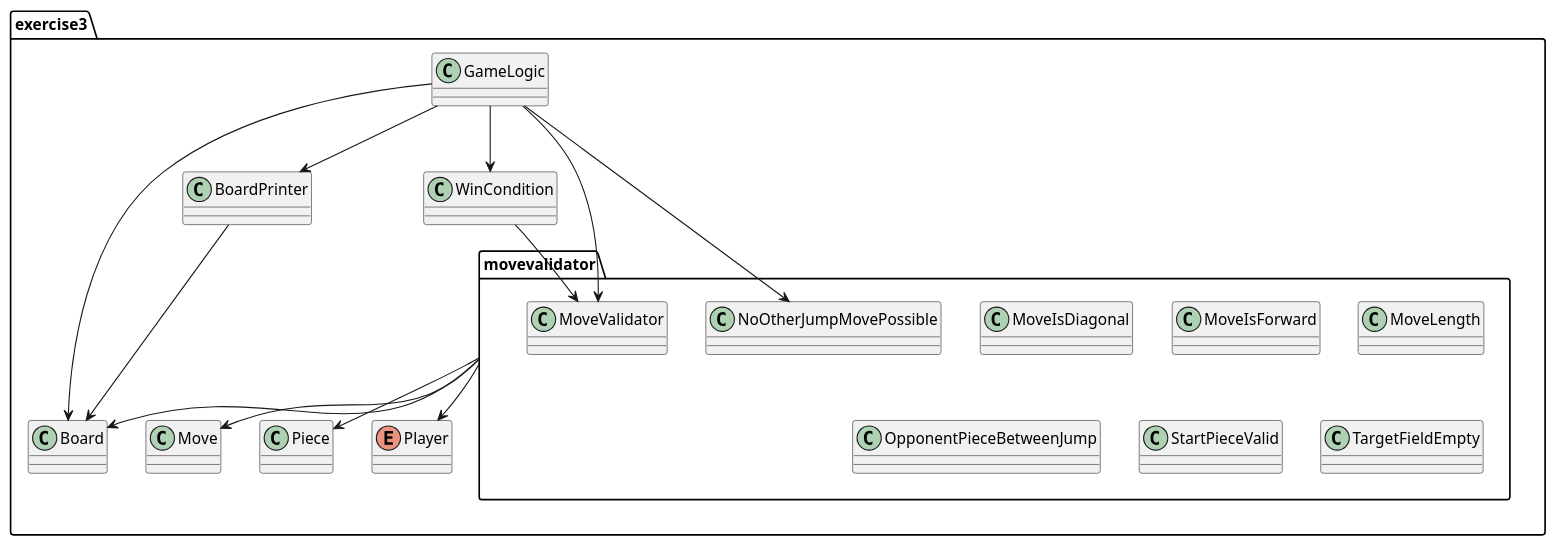
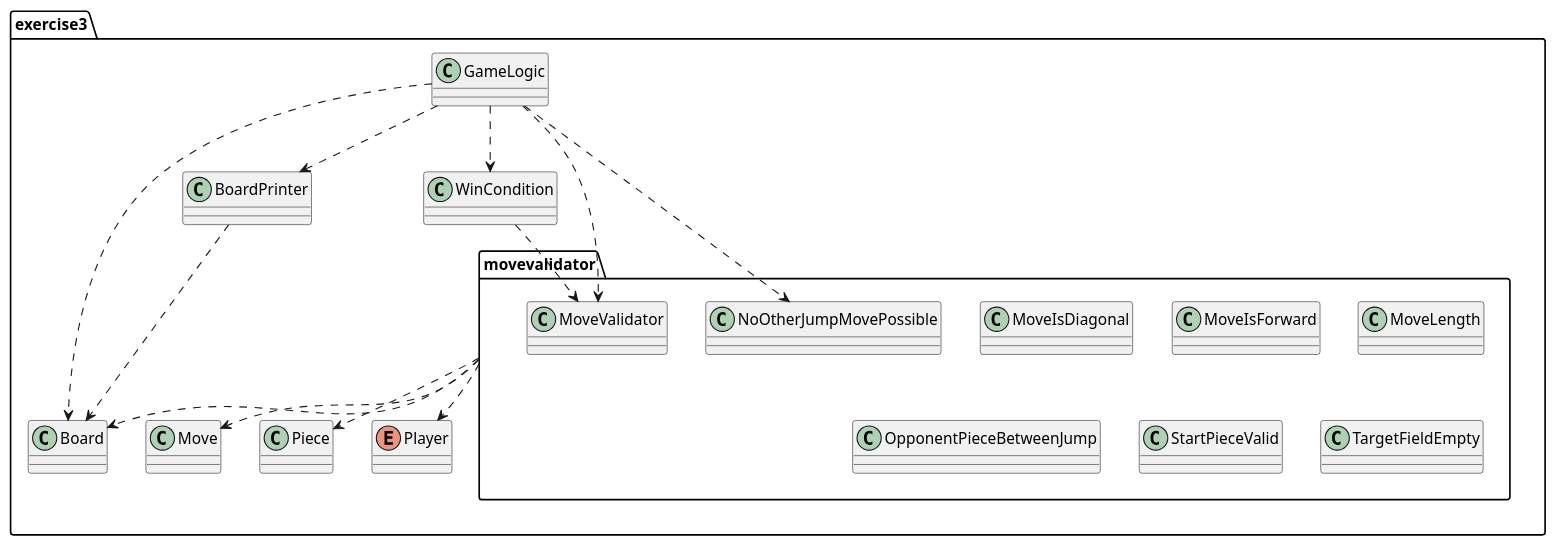
One commit to soco21/soco21 changed the diagram in assignment-1/exercise2/Class Diagramm Checkers.puml. Above: the diagram before and after it, drawn with PlantUML.

Commit message:
Class Diagramm Checkers.puml: use depends on association instead of navigable association
The part-of association would be in the other direction,
and we don't really have part-of association.

```diff
--- a/assignment-1/exercise2/Class Diagramm Checkers.puml
+++ b/assignment-1/exercise2/Class Diagramm Checkers.puml
@@ -1,32 +1,32 @@
 @startuml
 package exercise3{
 package movevalidator {
 class MoveIsDiagonal
 class MoveIsForward
 class MoveLength
 class MoveValidator
 class NoOtherJumpMovePossible
 class OpponentPieceBetweenJump
 class StartPieceValid
 class TargetFieldEmpty
 }
 class Board
 class BoardPrinter
 class GameLogic
 class Move
 class Piece
 enum Player
 class WinCondition
 }
-movevalidator --> Board
-movevalidator --> Move
-movevalidator --> Piece
-movevalidator --> Player
-GameLogic --> BoardPrinter
-GameLogic --> Board
-GameLogic --> WinCondition
-BoardPrinter --> Board
-GameLogic --> MoveValidator
-GameLogic --> NoOtherJumpMovePossible
-WinCondition --> MoveValidator
+movevalidator ..> Board
+movevalidator ..> Move
+movevalidator ..> Piece
+movevalidator ..> Player
+GameLogic ..> BoardPrinter
+GameLogic ..> Board
+GameLogic ..> WinCondition
+BoardPrinter ..> Board
+GameLogic ..> MoveValidator
+GameLogic ..> NoOtherJumpMovePossible
+WinCondition ..> MoveValidator
 @enduml
```
